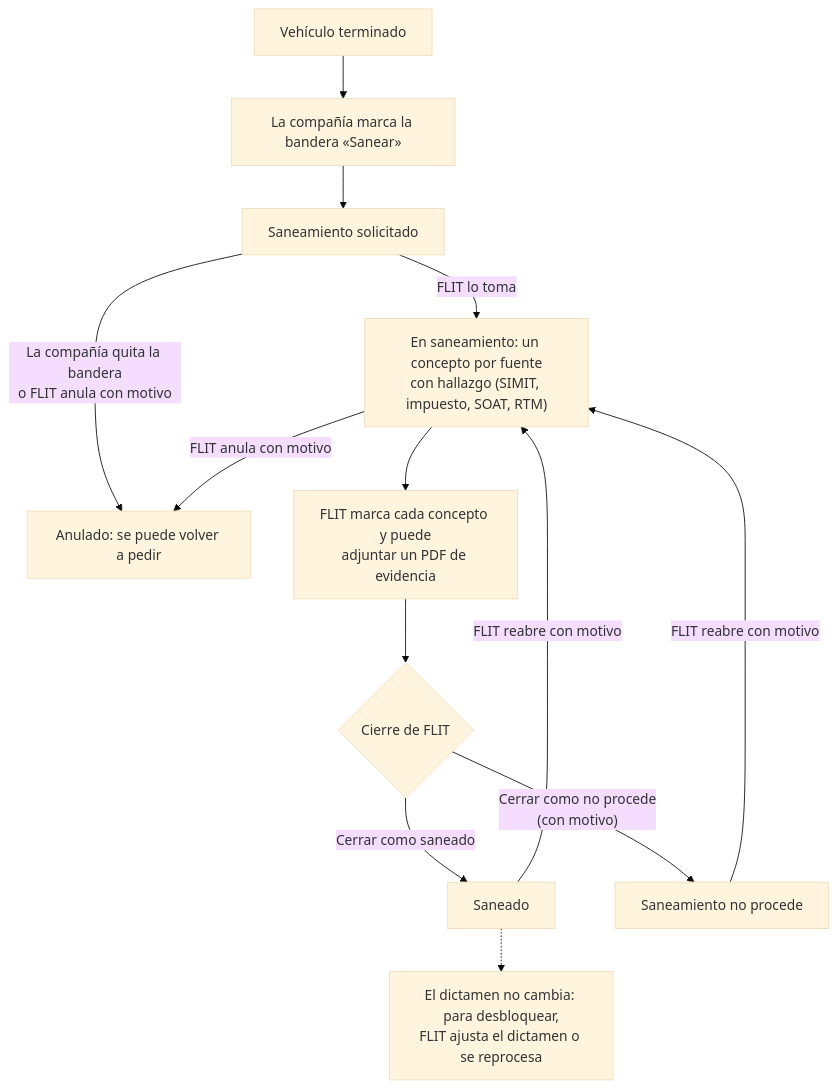
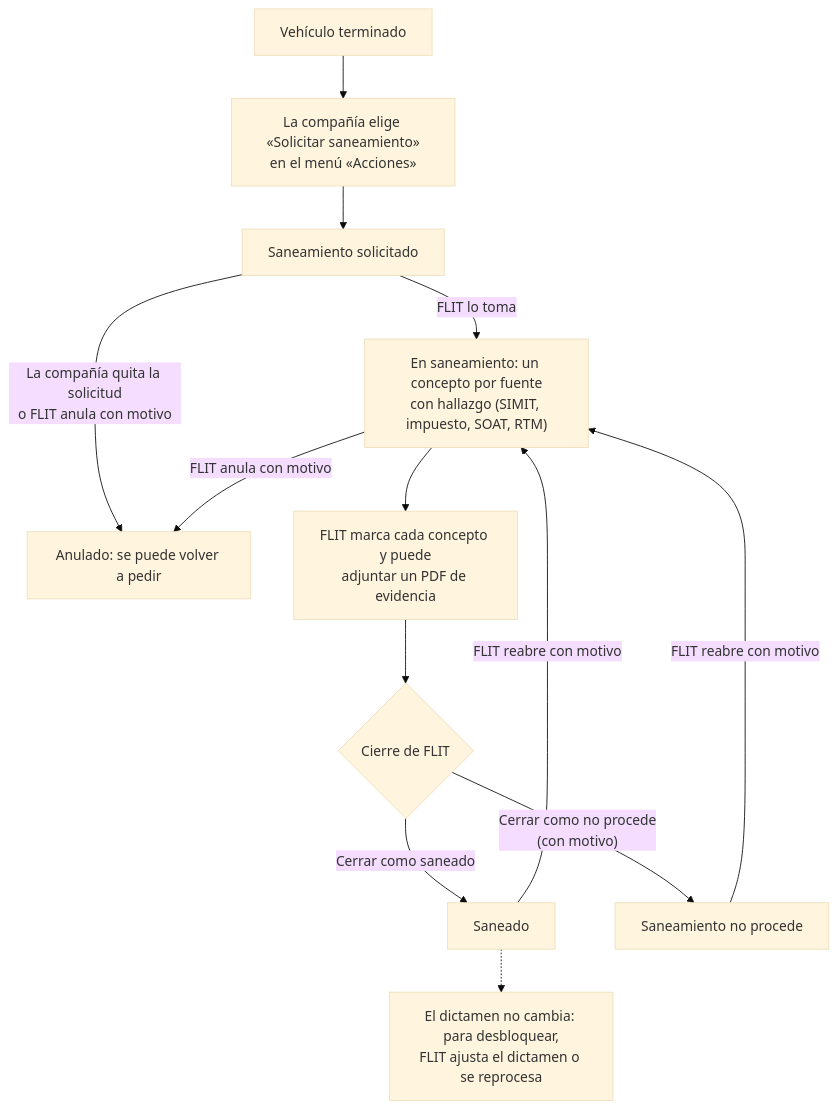
Before and after one commit to flitsas/flit: the diagram in frontend/lib/manual/diagrams/flujo-saneamiento.mmd, drawn with Mermaid (base theme). The commit also changed 12 other files, not shown here.

Commit message:
HU14580: DR FLIT documenta Dashboard, Reportes y navegación nueva de Diagnóstico (3 artículos nuevos, modal, menú «Acciones», RUNT/SIMIT, carga en una columna, pantallas faltantes, manual 2.3.0 y catálogo regenerado)

```diff
--- a/frontend/lib/manual/diagrams/flujo-saneamiento.mmd
+++ b/frontend/lib/manual/diagrams/flujo-saneamiento.mmd
@@ -1,13 +1,13 @@
 flowchart TD
-    A["Vehículo terminado"] --> B["La compañía marca la bandera «Sanear»"]
+    A["Vehículo terminado"] --> B["La compañía elige «Solicitar saneamiento»\nen el menú «Acciones»"]
     B --> C["Saneamiento solicitado"]
-    C -- "La compañía quita la bandera\no FLIT anula con motivo" --> X["Anulado: se puede volver a pedir"]
+    C -- "La compañía quita la solicitud\no FLIT anula con motivo" --> X["Anulado: se puede volver a pedir"]
     C -- "FLIT lo toma" --> D["En saneamiento: un concepto por fuente\ncon hallazgo (SIMIT, impuesto, SOAT, RTM)"]
     D --> E["FLIT marca cada concepto y puede\nadjuntar un PDF de evidencia"]
     E --> F{"Cierre de FLIT"}
     F -- "Cerrar como saneado" --> G["Saneado"]
     F -- "Cerrar como no procede\n(con motivo)" --> H["Saneamiento no procede"]
     D -- "FLIT anula con motivo" --> X
     G -- "FLIT reabre con motivo" --> D
     H -- "FLIT reabre con motivo" --> D
     G -.-> Z["El dictamen no cambia: para desbloquear,\nFLIT ajusta el dictamen o se reprocesa"]
```
